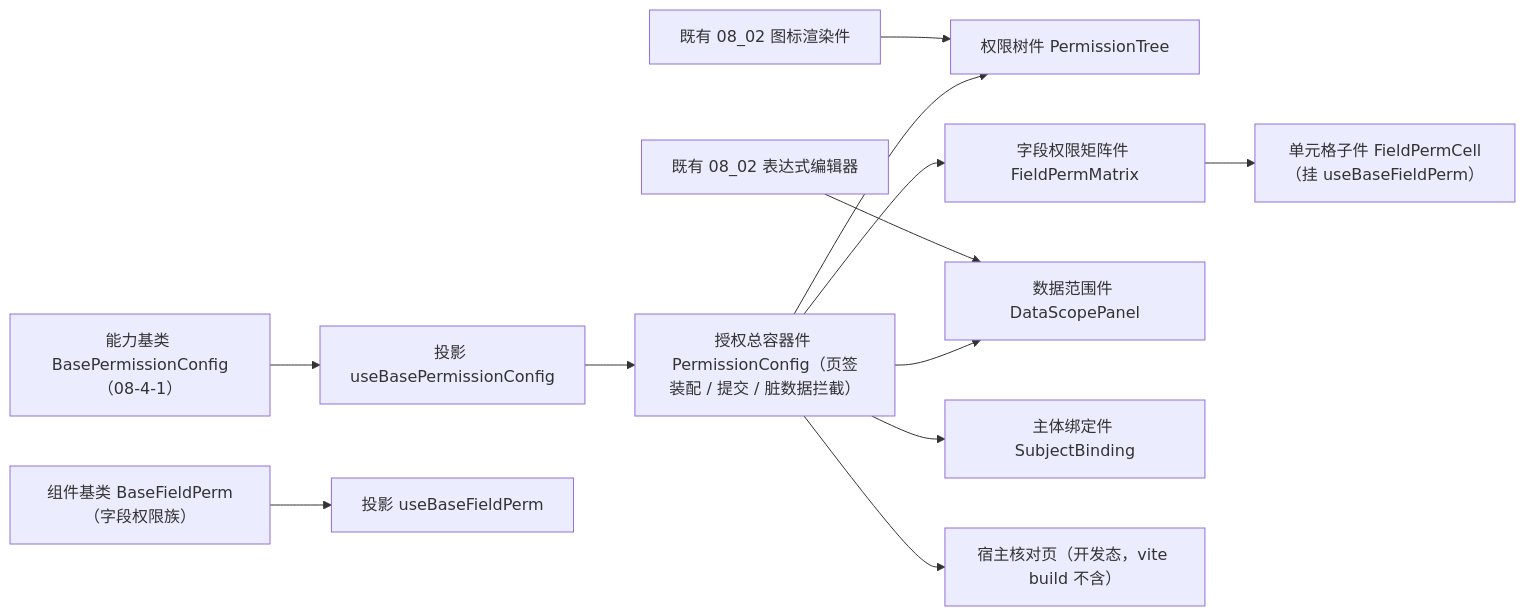
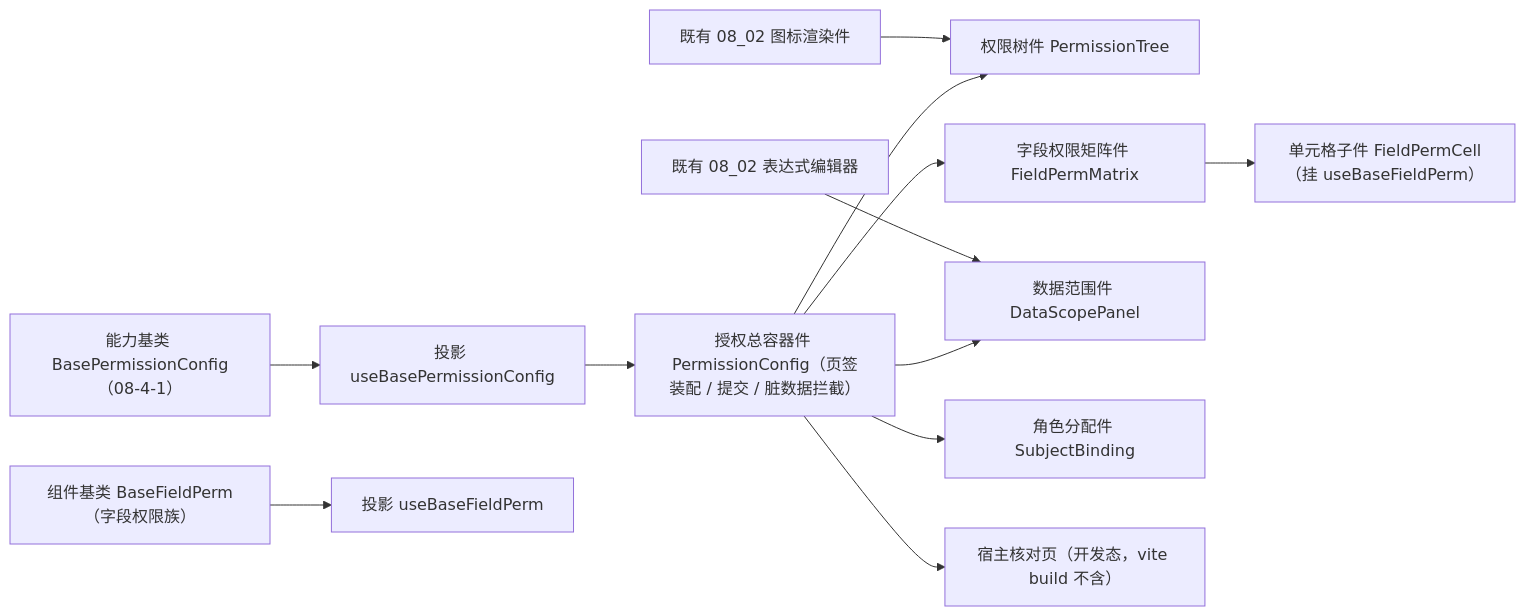
Before and after one commit to minjian123/basic-management-system: the diagram in bms文档/项目/04_前端组件库/任务/08_交互类/08_交互类_04_权限配置/08_交互类_04_权限配置_02_授权组件与宿主核对页/设计/01_详细设计_02_授权组件与宿主核对页.md, drawn with Mermaid. The commit also changed other lines of this file and 53 other files, not shown here.

````diff
--- a/bms文档/项目/04_前端组件库/任务/08_交互类/08_交互类_04_权限配置/08_交互类_04_权限配置_02_授权组件与宿主核对页/设计/01_详细设计_02_授权组件与宿主核对页.md
+++ b/bms文档/项目/04_前端组件库/任务/08_交互类/08_交互类_04_权限配置/08_交互类_04_权限配置_02_授权组件与宿主核对页/设计/01_详细设计_02_授权组件与宿主核对页.md
@@ -42,14 +42,14 @@
 ```mermaid
 flowchart LR
     BASE["能力基类 BasePermissionConfig（08-4-1）"] --> PROJ["投影 useBasePermissionConfig"]
     FP["组件基类 BaseFieldPerm（字段权限族）"] --> FPROJ["投影 useBaseFieldPerm"]
     PROJ --> ROOT["授权总容器件 PermissionConfig（页签装配 / 提交 / 脏数据拦截）"]
     ROOT --> TREE["权限树件 PermissionTree"]
     ROOT --> MATRIX["字段权限矩阵件 FieldPermMatrix"]
     ROOT --> SCOPE["数据范围件 DataScopePanel"]
-    ROOT --> SUBJECT["主体绑定件 SubjectBinding"]
+    ROOT --> SUBJECT["角色分配件 SubjectBinding"]
     MATRIX --> CELL["单元格子件 FieldPermCell（挂 useBaseFieldPerm）"]
     EXPR["既有 08_02 表达式编辑器"] --> SCOPE
     ICON["既有 08_02 图标渲染件"] --> TREE
     ROOT --> CHECK["宿主核对页（开发态，vite build 不含）"]
 ```
````
